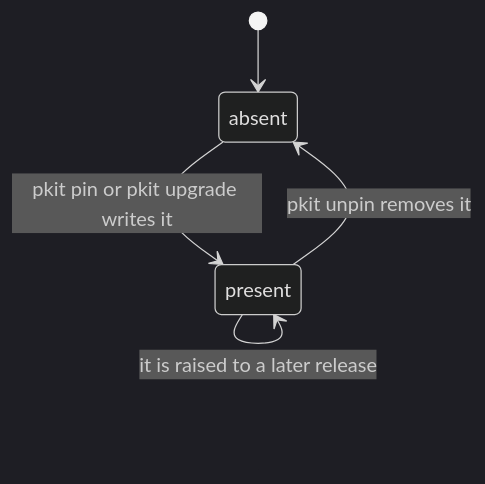
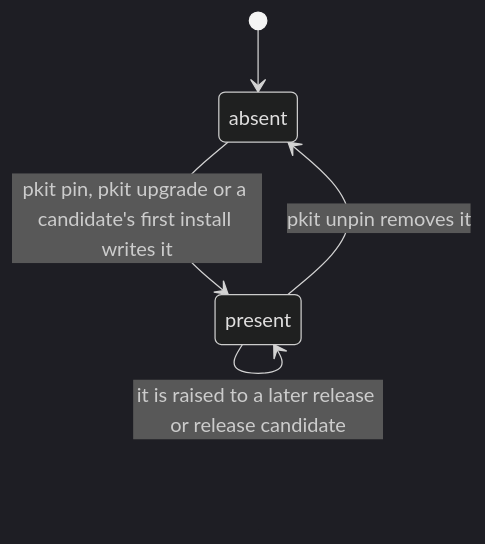
The third of 3 diagrams in tech-docs/analysis/core/domain-model/050-a-projects-own-files.md (aleskalfas/project-kit), drawn with Mermaid (dark theme) before and after one commit. The commit also changed other lines of this file and 25 other files, not shown here.

First line of the commit message:
feat(lifecycle): a project moves onto a release candidate only when someone asks, and the move always pins

````diff
--- a/tech-docs/analysis/core/domain-model/050-a-projects-own-files.md
+++ b/tech-docs/analysis/core/domain-model/050-a-projects-own-files.md
@@ -263,9 +268,9 @@
 ```mermaid
 stateDiagram-v2
   accTitle: The states of a version pin
-  accDescr: A project has no pin until pkit pin or pkit upgrade writes one. A pin may be raised to a later release, and pkit unpin removes it.
+  accDescr: A project has no pin until pkit pin or pkit upgrade writes one, or a first install run by a release candidate does. A pin may be raised to a later release or release candidate, and pkit unpin removes it.
   [*] --> absent
-  absent --> present : pkit pin or pkit upgrade writes it
-  present --> present : it is raised to a later release
+  absent --> present : pkit pin, pkit upgrade or a candidate's first install writes it
+  present --> present : it is raised to a later release or release candidate
   present --> absent : pkit unpin removes it
 ```
````
